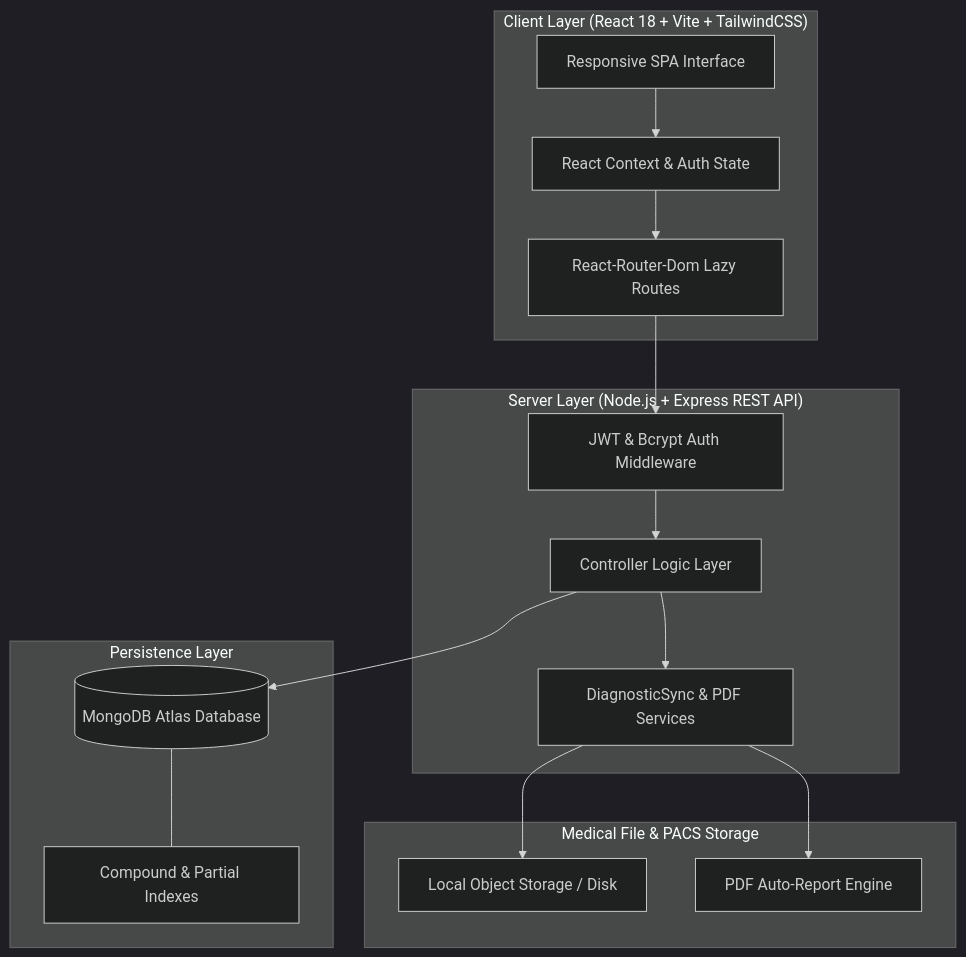
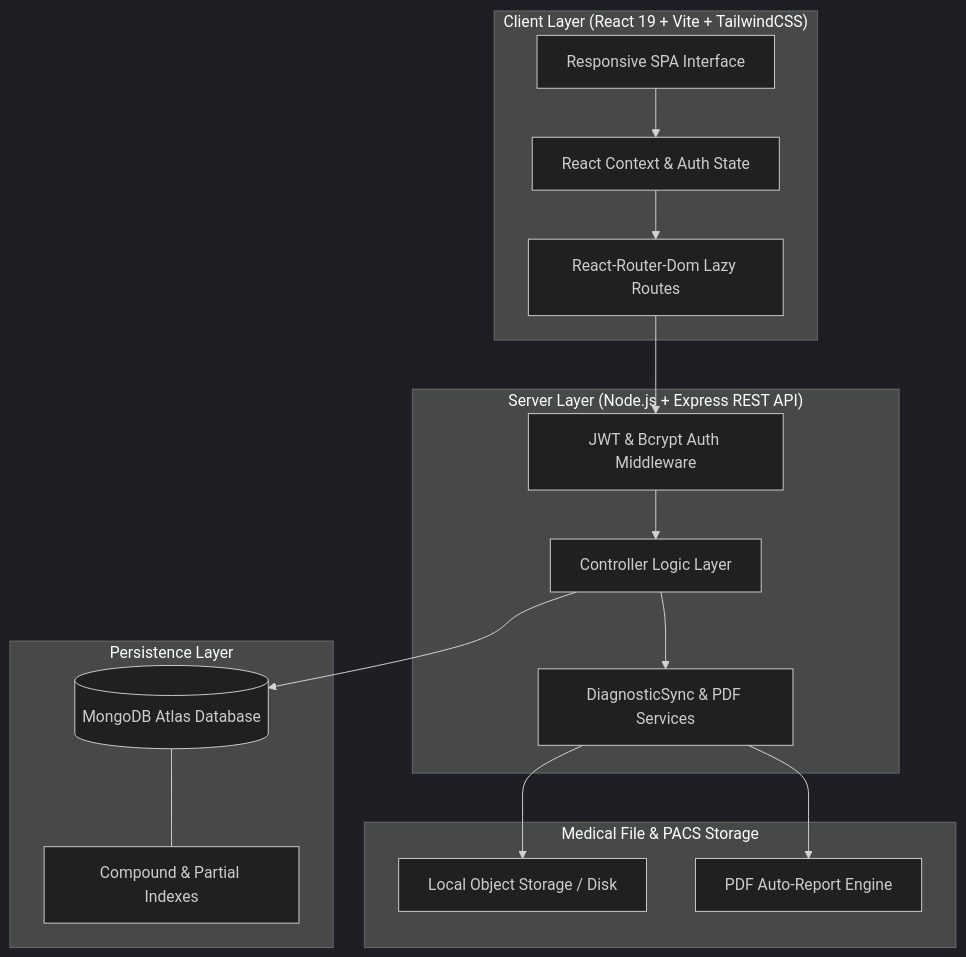
Before and after one commit to priyammandal11073-source/Hospital-Management-System: the second of 2 diagrams in README.md, drawn with Mermaid (dark theme). The commit also changed other lines of this file and 28 other files, not shown here.

````diff
--- a/README.md
+++ b/README.md
@@ -431,34 +414,34 @@
 ```mermaid
 flowchart TD
-    subgraph Frontend ["Client Layer (React 18 + Vite + TailwindCSS)"]
+    subgraph Frontend ["Client Layer (React 19 + Vite + TailwindCSS)"]
         UI[Responsive SPA Interface]
         State[React Context & Auth State]
         Routes[React-Router-Dom Lazy Routes]
         UI --> State
         State --> Routes
     end
 
     subgraph Backend ["Server Layer (Node.js + Express REST API)"]
         Auth[JWT & Bcrypt Auth Middleware]
         Controllers[Controller Logic Layer]
         Services[DiagnosticSync & PDF Services]
-        
+
         Routes --> Auth
         Auth --> Controllers
         Controllers --> Services
     end
 
     subgraph Database ["Persistence Layer"]
         Mongo[(MongoDB Atlas Database)]
         Indexes[Compound & Partial Indexes]
         Mongo --- Indexes
         Controllers --> Mongo
     end
 
     subgraph Storage ["Medical File & PACS Storage"]
         DiskStorage[Local Object Storage / Disk]
         PDFGen[PDF Auto-Report Engine]
         Services --> DiskStorage
         Services --> PDFGen
     end
 ```
````
